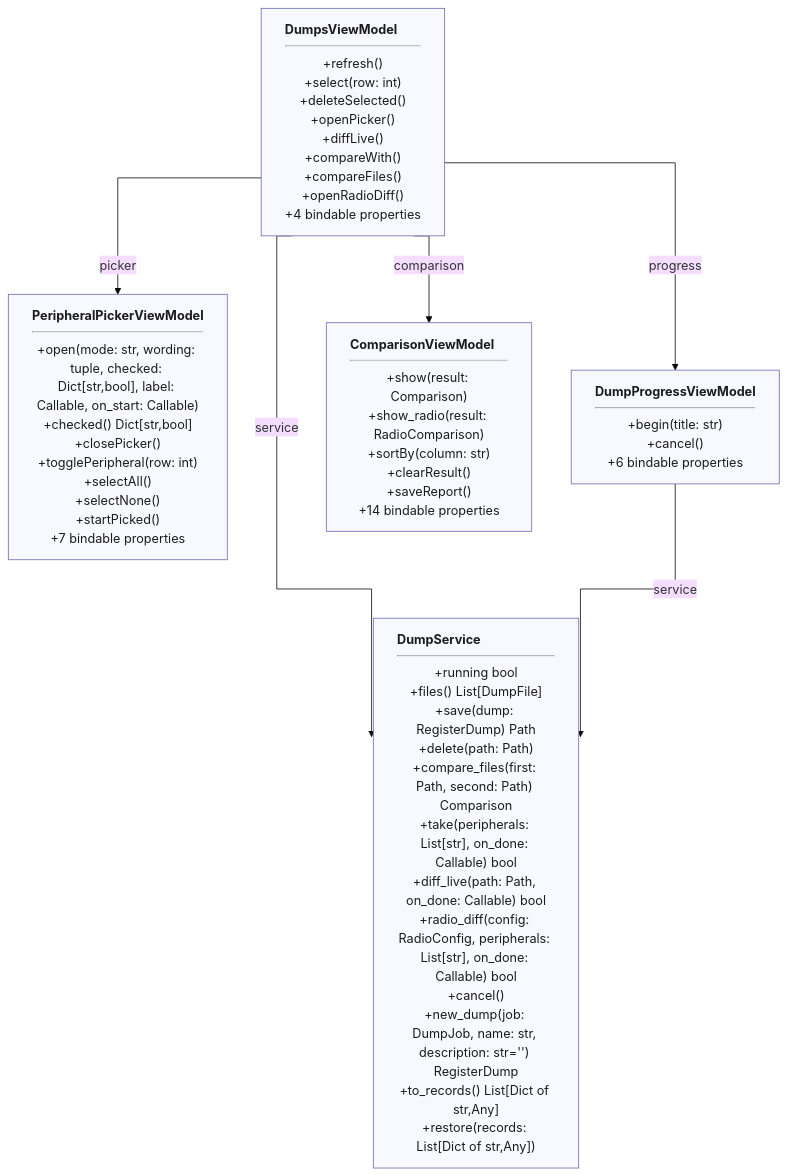
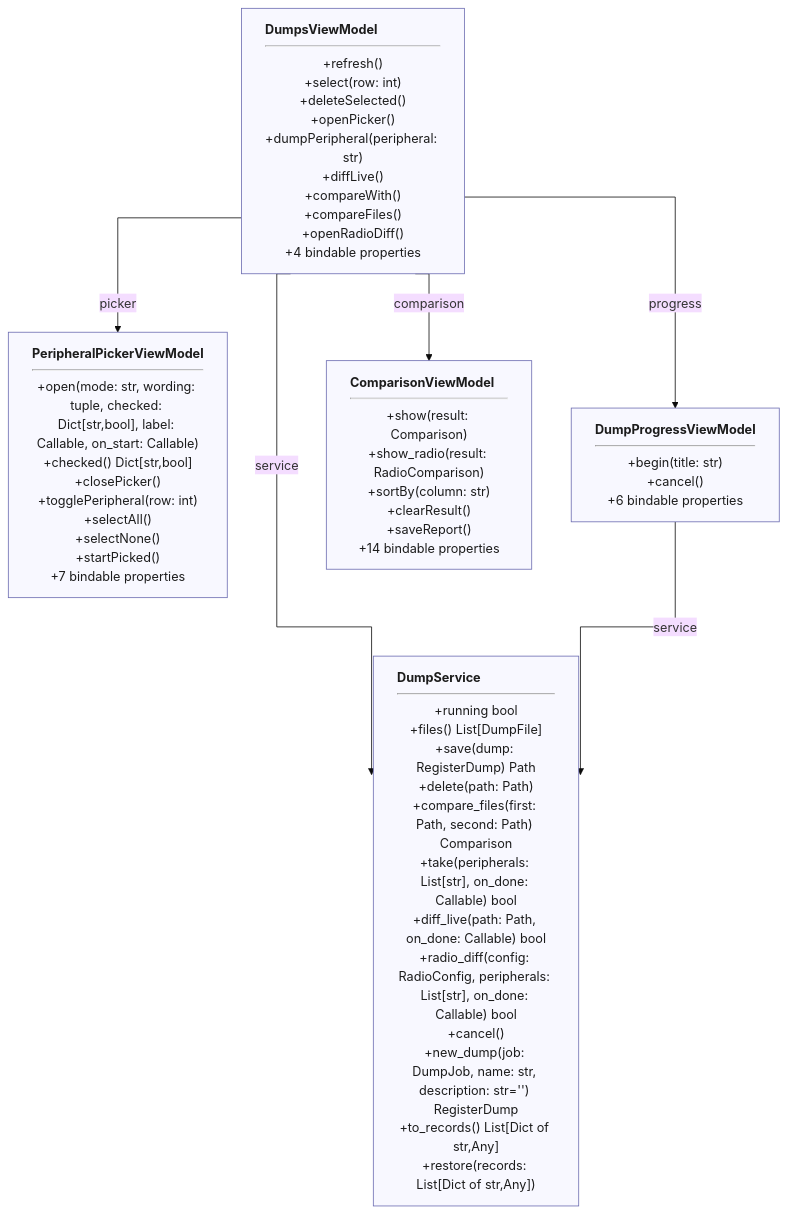
Diagram 16 of 33 in docs/ARCHITECTURE.md (ShoyonK/sample_ui), drawn with Mermaid (base theme) before and after one commit. The commit also changed other lines of this file and 120 other files, not shown here.

````diff
--- a/docs/ARCHITECTURE.md
+++ b/docs/ARCHITECTURE.md
@@ -531,16 +531,16 @@
 ```mermaid
 %%{init: {"flowchart": {"curve": "stepAfter"}}}%%
 flowchart TB
     classDef box text-align:left,fill:#f8f8ff,stroke:#6a6ab0,color:#1c1c1c
     classDef stub fill:#ffffff,stroke:#6a6ab0,stroke-dasharray:4 3,color:#1c1c1c
     DumpService["<b>DumpService</b><hr/>+running bool<br/>+files() List[DumpFile]<br/>+save(dump: RegisterDump) Path<br/>+delete(path: Path)<br/>+compare_files(first: Path, second: Path) Comparison<br/>+take(peripherals: List[str], on_done: Callable) bool<br/>+diff_live(path: Path, on_done: Callable) bool<br/>+radio_diff(config: RadioConfig, peripherals: List[str], on_done: Callable) bool<br/>+cancel()<br/>+new_dump(job: DumpJob, name: str, description: str='') RegisterDump<br/>+to_records() List[Dict of str,Any]<br/>+restore(records: List[Dict of str,Any])"]:::box
-    DumpsViewModel["<b>DumpsViewModel</b><hr/>+refresh()<br/>+select(row: int)<br/>+deleteSelected()<br/>+openPicker()<br/>+diffLive()<br/>+compareWith()<br/>+compareFiles()<br/>+openRadioDiff()<br/>+4 bindable properties"]:::box
+    DumpsViewModel["<b>DumpsViewModel</b><hr/>+refresh()<br/>+select(row: int)<br/>+deleteSelected()<br/>+openPicker()<br/>+dumpPeripheral(peripheral: str)<br/>+diffLive()<br/>+compareWith()<br/>+compareFiles()<br/>+openRadioDiff()<br/>+4 bindable properties"]:::box
     PeripheralPickerViewModel["<b>PeripheralPickerViewModel</b><hr/>+open(mode: str, wording: tuple, checked: Dict[str,bool], label: Callable, on_start: Callable)<br/>+checked() Dict[str,bool]<br/>+closePicker()<br/>+togglePeripheral(row: int)<br/>+selectAll()<br/>+selectNone()<br/>+startPicked()<br/>+7 bindable properties"]:::box
     DumpProgressViewModel["<b>DumpProgressViewModel</b><hr/>+begin(title: str)<br/>+cancel()<br/>+6 bindable properties"]:::box
     ComparisonViewModel["<b>ComparisonViewModel</b><hr/>+show(result: Comparison)<br/>+show_radio(result: RadioComparison)<br/>+sortBy(column: str)<br/>+clearResult()<br/>+saveReport()<br/>+14 bindable properties"]:::box
     DumpsViewModel -->|"service"| DumpService
     DumpsViewModel -->|"picker"| PeripheralPickerViewModel
     DumpsViewModel -->|"progress"| DumpProgressViewModel
     DumpsViewModel -->|"comparison"| ComparisonViewModel
     DumpProgressViewModel -->|"service"| DumpService
 ```
````
